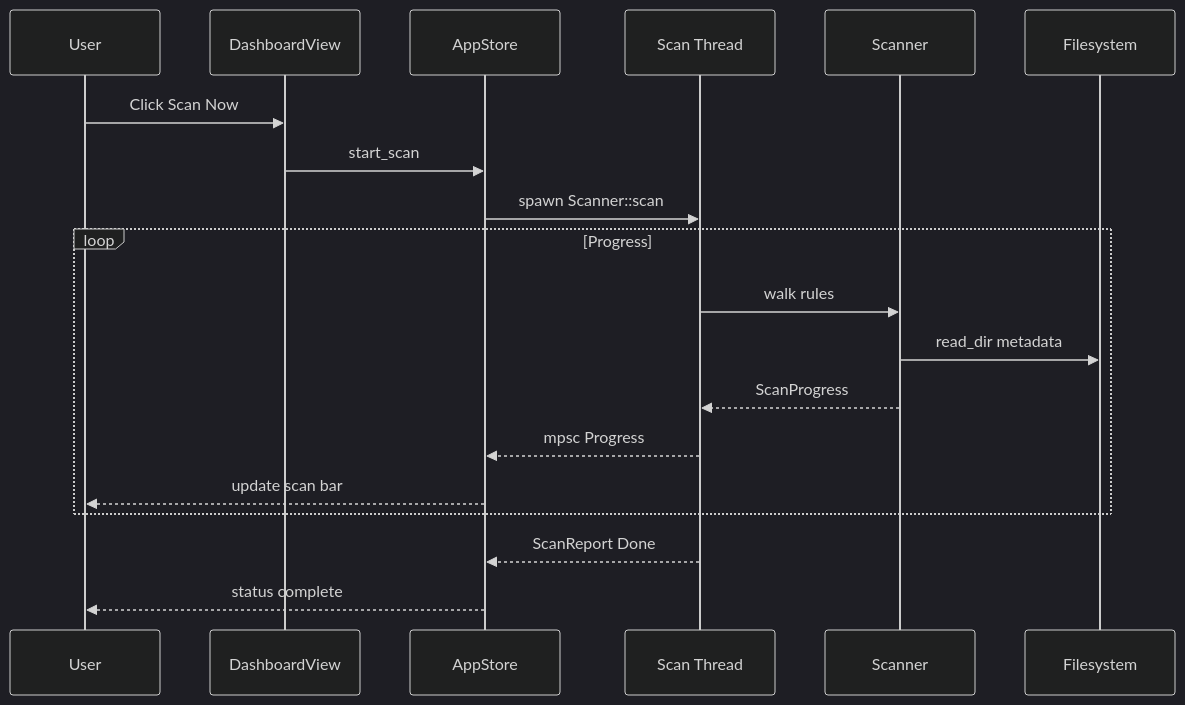
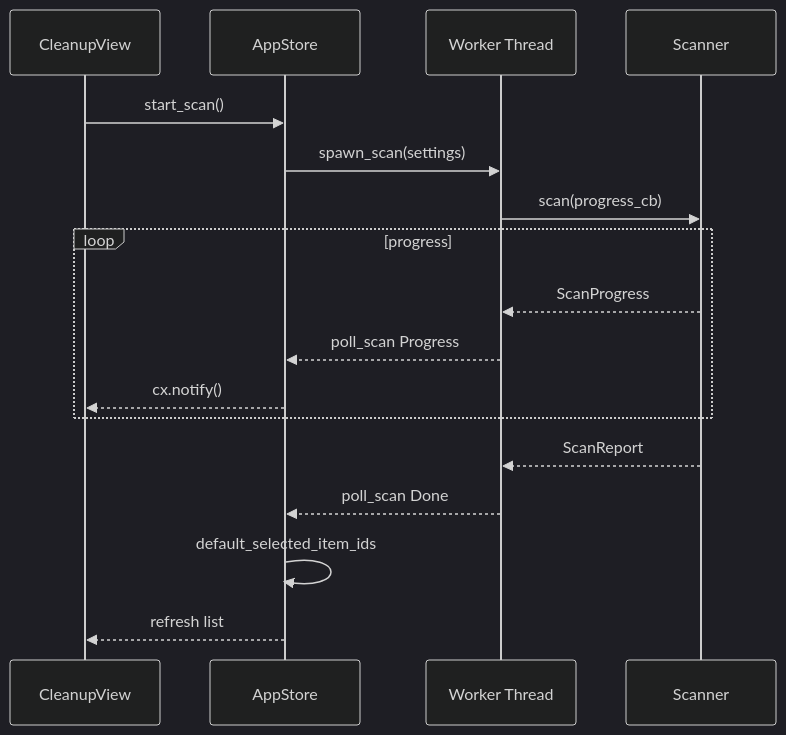
The fifth of 6 diagrams in .terrain/human/2.Architecture.md (sopaco/CLV3000-Plus), drawn with Mermaid (dark theme) before and after one commit. The commit also changed other lines of this file and 15 other files, not shown here.

````diff
--- a/.terrain/human/2.Architecture.md
+++ b/.terrain/human/2.Architecture.md
@@ -149,22 +154,20 @@
 ```mermaid
 sequenceDiagram
-    participant User
-    participant Dashboard as DashboardView
-    participant Store as AppStore
-    participant Thread as Scan Thread
-    participant Scanner as Scanner
-    participant FS as Filesystem
+    participant V as CleanupView
+    participant S as AppStore
+    participant W as Worker Thread
+    participant Sc as Scanner
 
-    User->>Dashboard: Click Scan Now
-    Dashboard->>Store: start_scan
-    Store->>Thread: spawn Scanner::scan
-    loop Progress
-        Thread->>Scanner: walk rules
-        Scanner->>FS: read_dir metadata
-        Scanner-->>Thread: ScanProgress
-        Thread-->>Store: mpsc Progress
-        Store-->>User: update scan bar
+    V->>S: start_scan()
+    S->>W: spawn_scan(settings)
+    W->>Sc: scan(progress_cb)
+    loop progress
+        Sc-->>W: ScanProgress
+        W-->>S: poll_scan Progress
+        S-->>V: cx.notify()
     end
-    Thread-->>Store: ScanReport Done
-    Store-->>User: status complete
+    Sc-->>W: ScanReport
+    W-->>S: poll_scan Done
+    S->>S: default_selected_item_ids
+    S-->>V: refresh list
 ```
````
